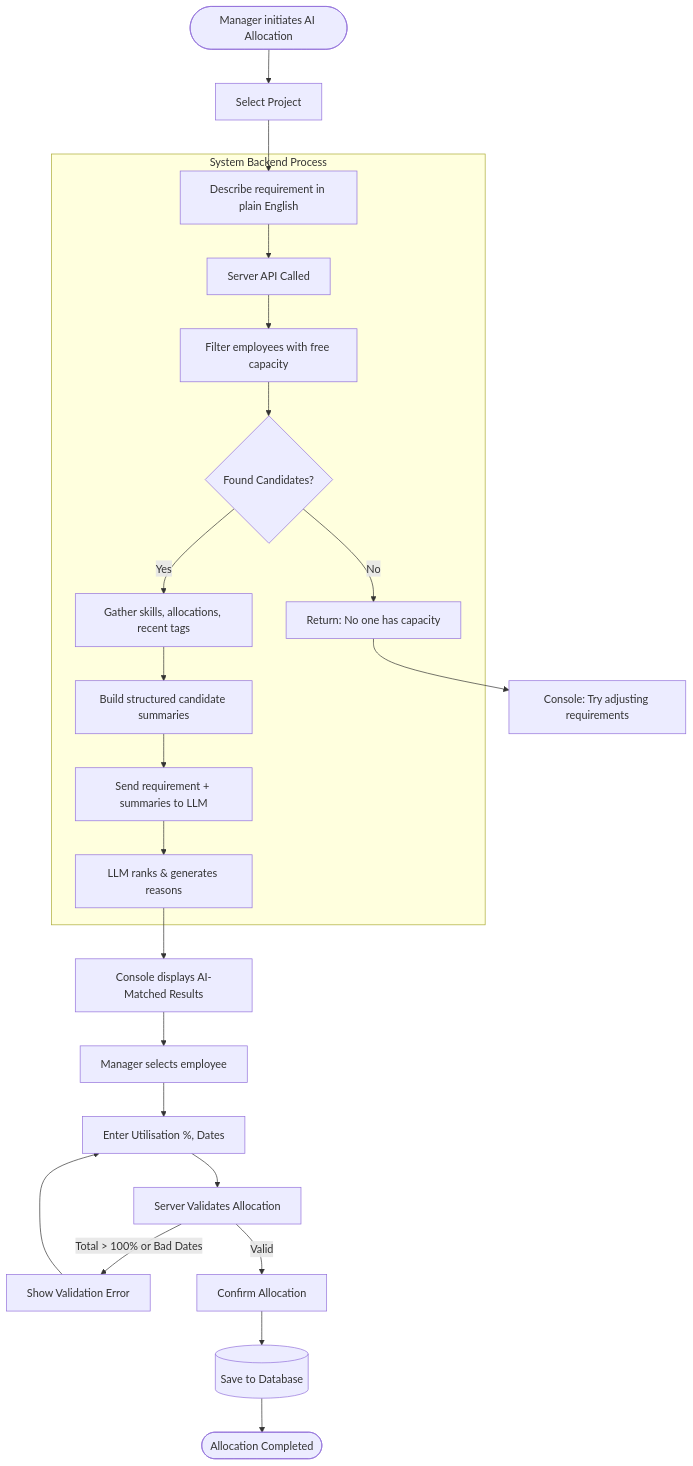
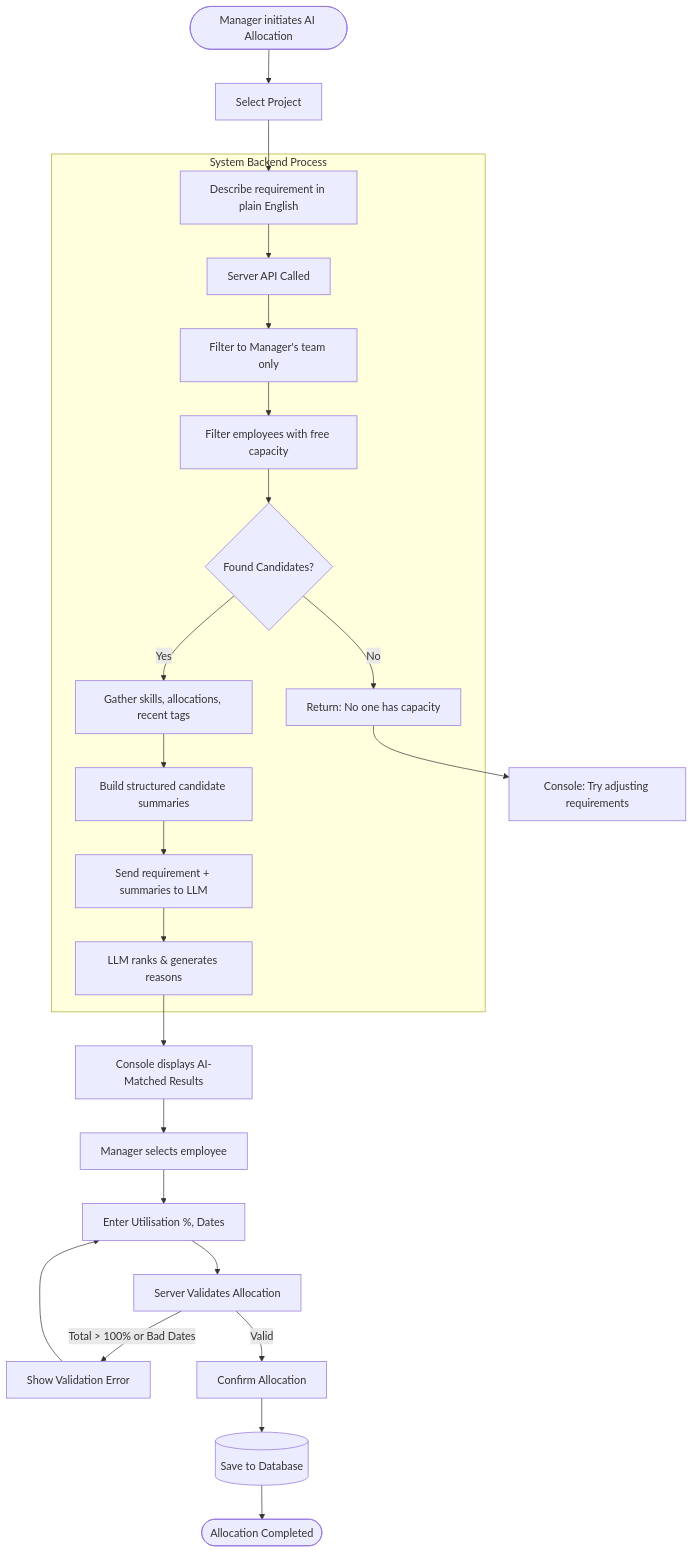
One commit to RiyaAmetaITT/Project-Resource-Management-tool changed the fifth of 6 diagrams in UML Design/flow_diagrams.md. Above: the diagram before and after it, drawn with Mermaid. The commit also changed other lines of this file and 4 other files, not shown here.

Commit message:
Updated the design diagrams

````diff
--- a/UML Design/flow_diagrams.md
+++ b/UML Design/flow_diagrams.md
@@ -145,30 +155,31 @@
 ```mermaid
 flowchart TD
     Start([Manager initiates AI Allocation]) --> Proj[Select Project]
     Proj --> Req[Describe requirement in plain English]
     
     subgraph System Backend Process
         Req --> API[Server API Called]
-        API --> FilterCap[Filter employees with free capacity]
+        API --> ScopeTeam[Filter to Manager's team only]
+        ScopeTeam --> FilterCap[Filter employees with free capacity]
         FilterCap --> CheckEmpty{Found Candidates?}
         CheckEmpty -- No --> ReturnEmpty[Return: No one has capacity]
         CheckEmpty -- Yes --> GatherData[Gather skills, allocations, recent tags]
         GatherData --> BuildSumm[Build structured candidate summaries]
         BuildSumm --> LLMCall[Send requirement + summaries to LLM]
         LLMCall --> LLMParse[LLM ranks & generates reasons]
     end
     
     LLMParse --> ShowUI[Console displays AI-Matched Results]
     ReturnEmpty --> ShowEmptyUI[Console: Try adjusting requirements]
     
     ShowUI --> SelectEmp[Manager selects employee]
     SelectEmp --> EnterDetails[Enter Utilisation %, Dates]
     EnterDetails --> Validate[Server Validates Allocation]
     
     Validate -- "Total > 100% or Bad Dates" --> ShowError[Show Validation Error]
     ShowError --> EnterDetails
     
     Validate -- Valid --> Confirm[Confirm Allocation]
     Confirm --> SaveDB[(Save to Database)]
     SaveDB --> End([Allocation Completed])
 ```
````
